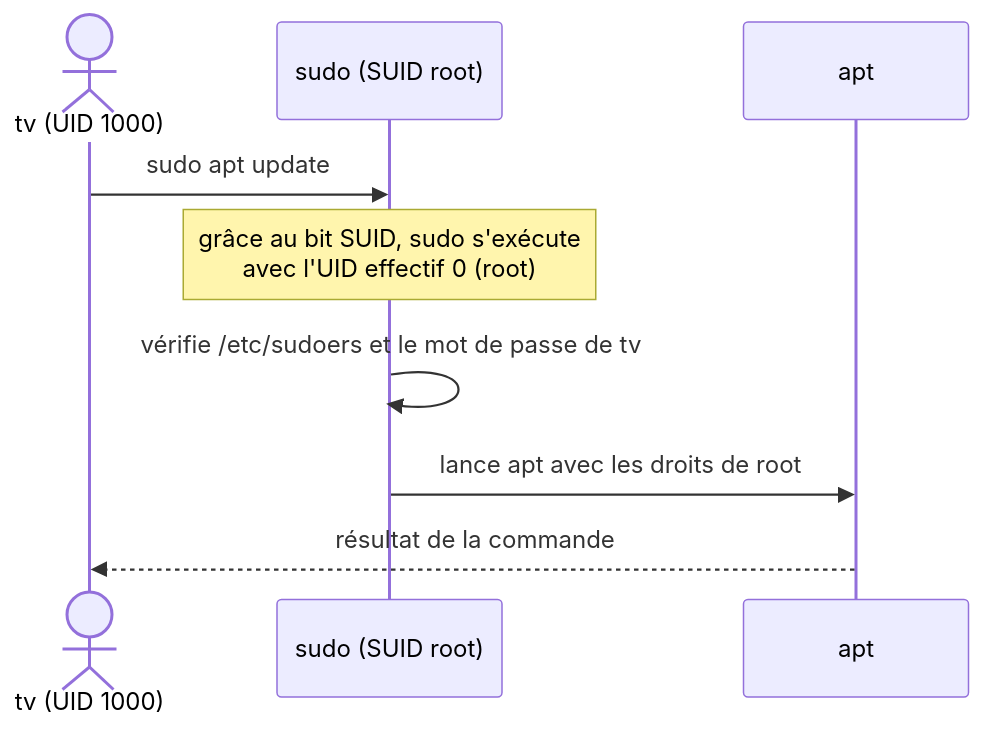
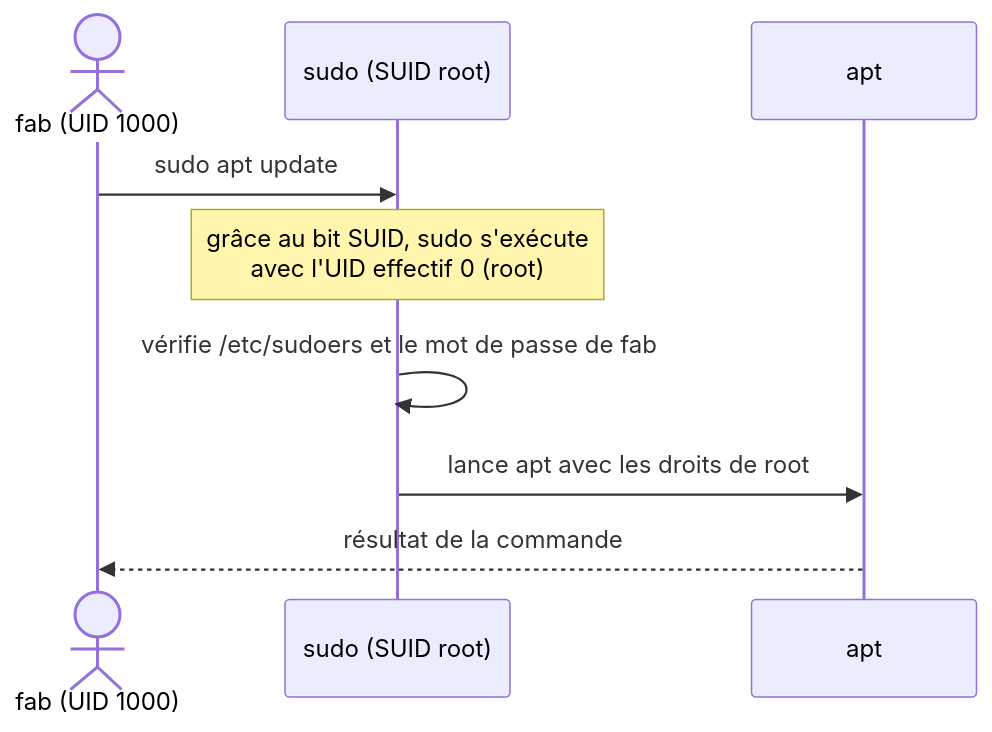
One commit to fabrice1618/intro_linux_tp changed the diagram in img/src/sudo-suid.mmd. Above: the diagram before and after it, drawn with Mermaid. The commit also changed 34 other files, not shown here.

```diff
--- a/img/src/sudo-suid.mmd
+++ b/img/src/sudo-suid.mmd
@@ -1,9 +1,9 @@
 sequenceDiagram
-    actor TV as tv (UID 1000)
+    actor TV as fab (UID 1000)
     participant S as sudo (SUID root)
     participant A as apt
     TV->>S: sudo apt update
     Note over S: grâce au bit SUID, sudo s'exécute<br/>avec l'UID effectif 0 (root)
-    S->>S: vérifie /etc/sudoers et le mot de passe de tv
+    S->>S: vérifie /etc/sudoers et le mot de passe de fab
     S->>A: lance apt avec les droits de root
     A-->>TV: résultat de la commande
```
